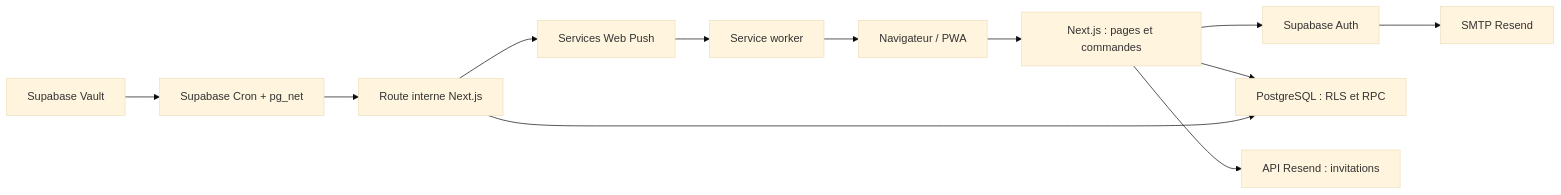
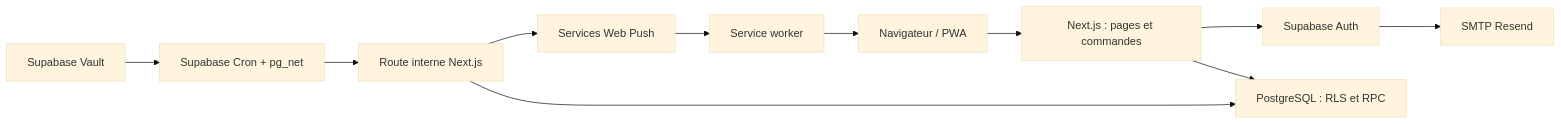
One commit to AdrienDIDIER/OnJoueQuand changed the diagram in docs/architecture.md. Above: the diagram before and after it, drawn with Mermaid (base theme). The commit also changed other lines of this file and 50 other files, not shown here.

````diff
--- a/docs/architecture.md
+++ b/docs/architecture.md
@@ -9,14 +9,13 @@
 ```mermaid
 flowchart LR
     UI["Navigateur / PWA"] --> NEXT["Next.js : pages et commandes"]
     NEXT --> AUTH["Supabase Auth"]
     NEXT --> DB["PostgreSQL : RLS et RPC"]
     AUTH --> SMTP["SMTP Resend"]
-    NEXT --> MAIL["API Resend : invitations"]
     CRON["Supabase Cron + pg_net"] --> JOBS["Route interne Next.js"]
     VAULT["Supabase Vault"] --> CRON
     JOBS --> DB
     JOBS --> PUSH["Services Web Push"]
     PUSH --> SW["Service worker"]
     SW --> UI
 ```
````
